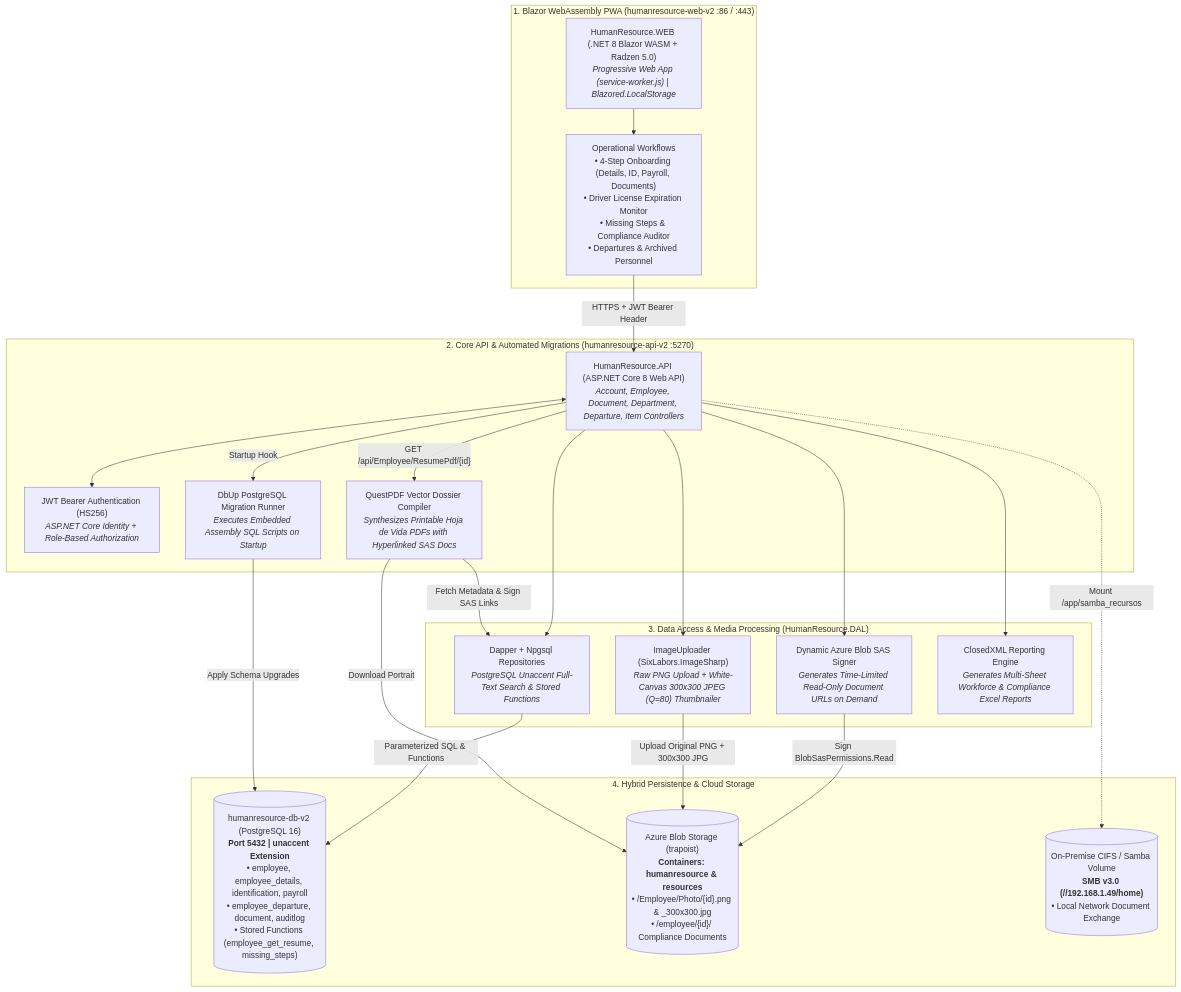
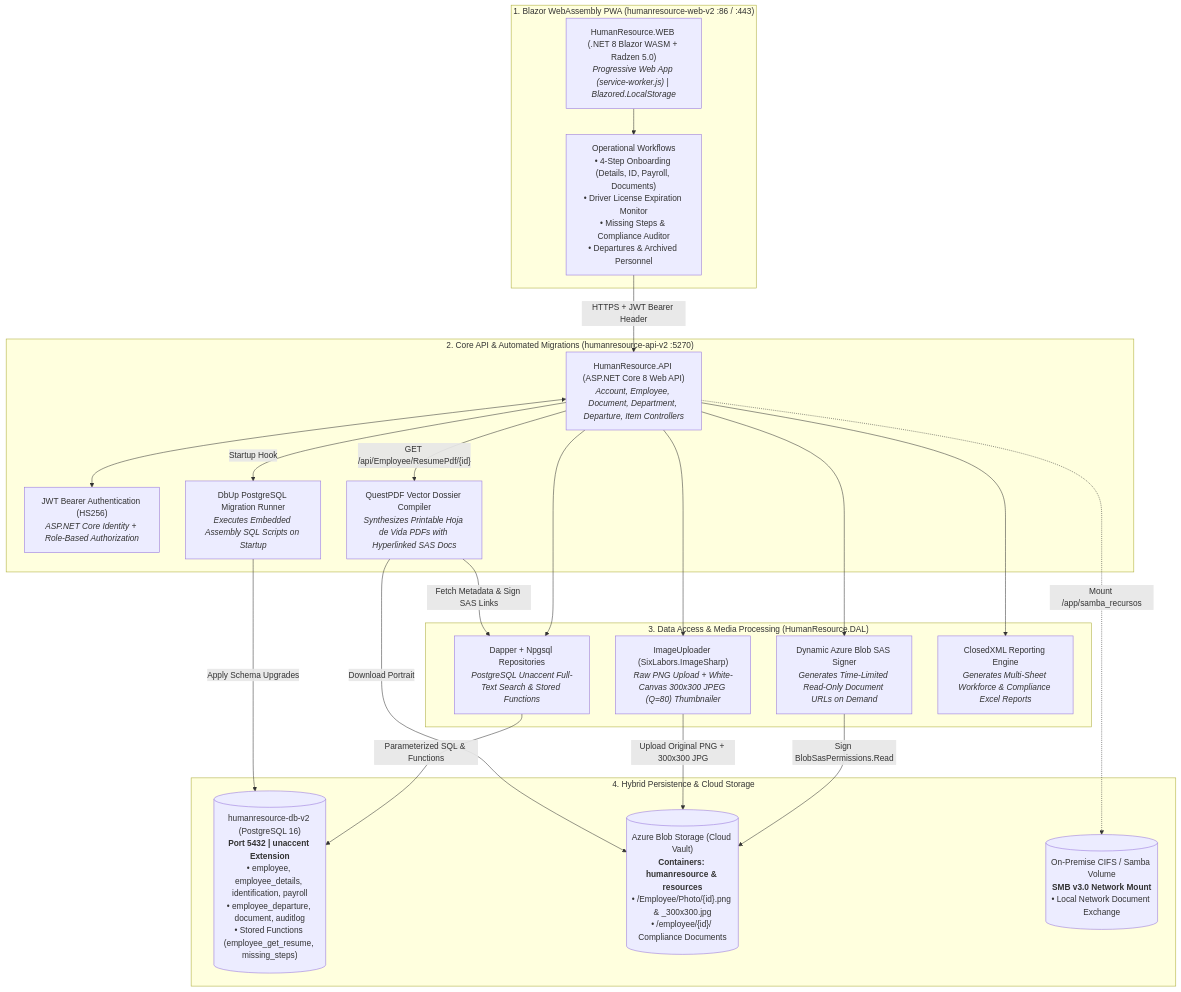
One commit to Oscar-lizarraga/oscar-lizarraga.github.io changed the first of 2 diagrams in pages/systems/hr_workforce_platform.md. Above: the diagram before and after it, drawn with Mermaid. The commit also changed other lines of this file and 14 other files, not shown here.

````diff
--- a/pages/systems/hr_workforce_platform.md
+++ b/pages/systems/hr_workforce_platform.md
@@ -116,47 +116,47 @@
 ```mermaid
 graph TB
     subgraph CLIENT ["1. Blazor WebAssembly PWA (humanresource-web-v2 :86 / :443)"]
         BlazorWASM["HumanResource.WEB (.NET 8 Blazor WASM + Radzen 5.0)<br/><i>Progressive Web App (service-worker.js) | Blazored.LocalStorage</i>"]
         Modules["Operational Workflows<br/>• 4-Step Onboarding (Details, ID, Payroll, Documents)<br/>• Driver License Expiration Monitor<br/>• Missing Steps & Compliance Auditor<br/>• Departures & Archived Personnel"]
     end
 
     subgraph API_CORE ["2. Core API & Automated Migrations (humanresource-api-v2 :5270)"]
         Controllers["HumanResource.API (ASP.NET Core 8 Web API)<br/><i>Account, Employee, Document, Department, Departure, Item Controllers</i>"]
         JwtSecurity["JWT Bearer Authentication (HS256)<br/><i>ASP.NET Core Identity + Role-Based Authorization</i>"]
         DbUpEngine["DbUp PostgreSQL Migration Runner<br/><i>Executes Embedded Assembly SQL Scripts on Startup</i>"]
         QuestPdfEngine["QuestPDF Vector Dossier Compiler<br/><i>Synthesizes Printable Hoja de Vida PDFs with Hyperlinked SAS Docs</i>"]
     end
 
     subgraph DAL_SERVICES ["3. Data Access & Media Processing (HumanResource.DAL)"]
         DapperRepo["Dapper + Npgsql Repositories<br/><i>PostgreSQL Unaccent Full-Text Search & Stored Functions</i>"]
         ImageSharpSvc["ImageUploader (SixLabors.ImageSharp)<br/><i>Raw PNG Upload + White-Canvas 300x300 JPEG (Q=80) Thumbnailer</i>"]
         SasGenerator["Dynamic Azure Blob SAS Signer<br/><i>Generates Time-Limited Read-Only Document URLs on Demand</i>"]
         ExcelExporter["ClosedXML Reporting Engine<br/><i>Generates Multi-Sheet Workforce & Compliance Excel Reports</i>"]
     end
 
     subgraph STORAGE ["4. Hybrid Persistence & Cloud Storage"]
         Postgres16[("humanresource-db-v2 (PostgreSQL 16)<br/><b>Port 5432 | unaccent Extension</b><br/>• employee, employee_details, identification, payroll<br/>• employee_departure, document, auditlog<br/>• Stored Functions (employee_get_resume, missing_steps)")]
-        AzureBlobs[("Azure Blob Storage (trapoist)<br/><b>Containers: humanresource & resources</b><br/>• /Employee/Photo/{id}.png & _300x300.jpg<br/>• /employee/{id}/ Compliance Documents")]
-        SambaShare[("On-Premise CIFS / Samba Volume<br/><b>SMB v3.0 (//192.168.1.49/home)</b><br/>• Local Network Document Exchange")]
+        AzureBlobs[("Azure Blob Storage (Cloud Vault)<br/><b>Containers: humanresource & resources</b><br/>• /Employee/Photo/{id}.png & _300x300.jpg<br/>• /employee/{id}/ Compliance Documents")]
+        SambaShare[("On-Premise CIFS / Samba Volume<br/><b>SMB v3.0 Network Mount</b><br/>• Local Network Document Exchange")]
     end
 
     BlazorWASM --> Modules
     Modules -->|"HTTPS + JWT Bearer Header"| Controllers
     Controllers <--> JwtSecurity
     Controllers -->|"Startup Hook"| DbUpEngine
     DbUpEngine -->|"Apply Schema Upgrades"| Postgres16
 
     Controllers -->|"GET /api/Employee/ResumePdf/{id}"| QuestPdfEngine
     QuestPdfEngine -->|"Fetch Metadata & Sign SAS Links"| DapperRepo
     QuestPdfEngine -->|"Download Portrait"| AzureBlobs
 
     Controllers --> DapperRepo
     Controllers --> ImageSharpSvc
     Controllers --> SasGenerator
     Controllers --> ExcelExporter
 
     DapperRepo -->|"Parameterized SQL & Functions"| Postgres16
     ImageSharpSvc -->|"Upload Original PNG + 300x300 JPG"| AzureBlobs
     SasGenerator -->|"Sign BlobSasPermissions.Read"| AzureBlobs
     Controllers -.->|"Mount /app/samba_recursos"| SambaShare
 ```
````
